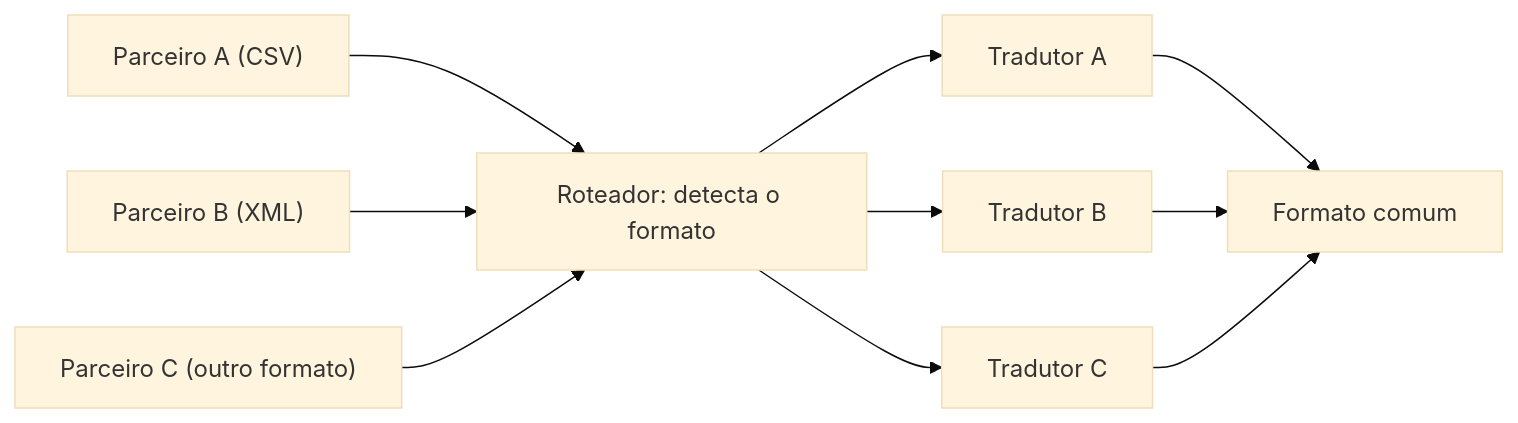
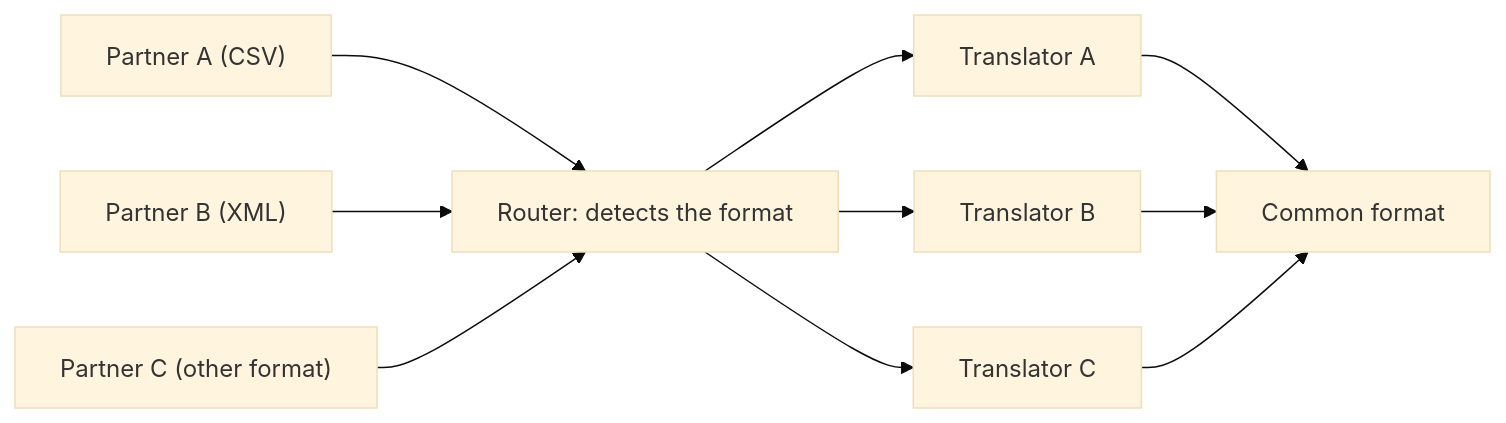
Before and after one commit to alancesar/design-patterns: the diagram in docs/architecture/eip/message-transformation/normalizer.md, drawn with Mermaid (base theme). The commit also changed 258 other files, not shown here.

First line of the commit message:
Translate Mermaid diagrams to English

````diff
--- a/docs/architecture/eip/message-transformation/normalizer.md
+++ b/docs/architecture/eip/message-transformation/normalizer.md
@@ -54,12 +54,12 @@
 ```mermaid
 flowchart LR
-    A["Parceiro A (CSV)"] --> R["Roteador: detecta o formato"]
-    B["Parceiro B (XML)"] --> R
-    C["Parceiro C (outro formato)"] --> R
-    R --> T1["Tradutor A"]
-    R --> T2["Tradutor B"]
-    R --> T3["Tradutor C"]
-    T1 --> N["Formato comum"]
+    A["Partner A (CSV)"] --> R["Router: detects the format"]
+    B["Partner B (XML)"] --> R
+    C["Partner C (other format)"] --> R
+    R --> T1["Translator A"]
+    R --> T2["Translator B"]
+    R --> T3["Translator C"]
+    T1 --> N["Common format"]
     T2 --> N
     T3 --> N
 ```
````
